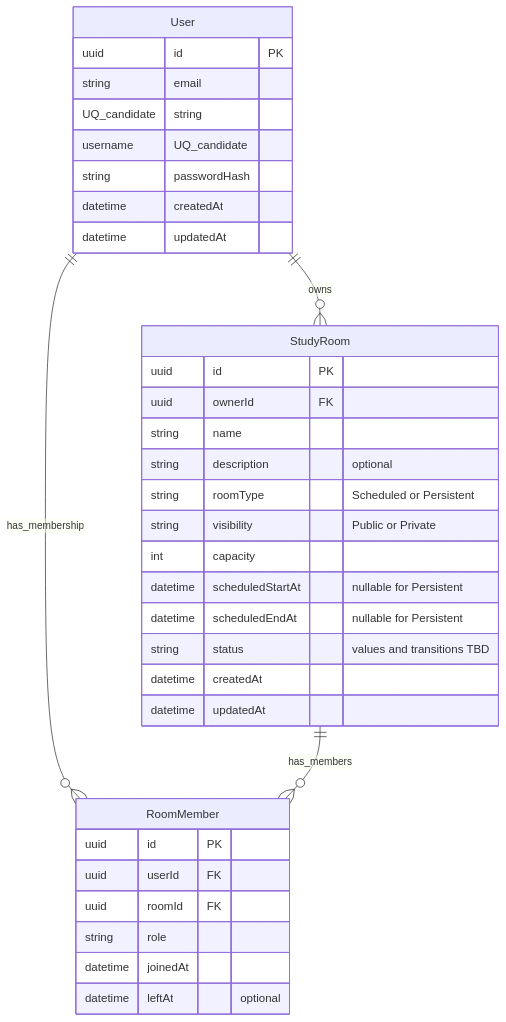
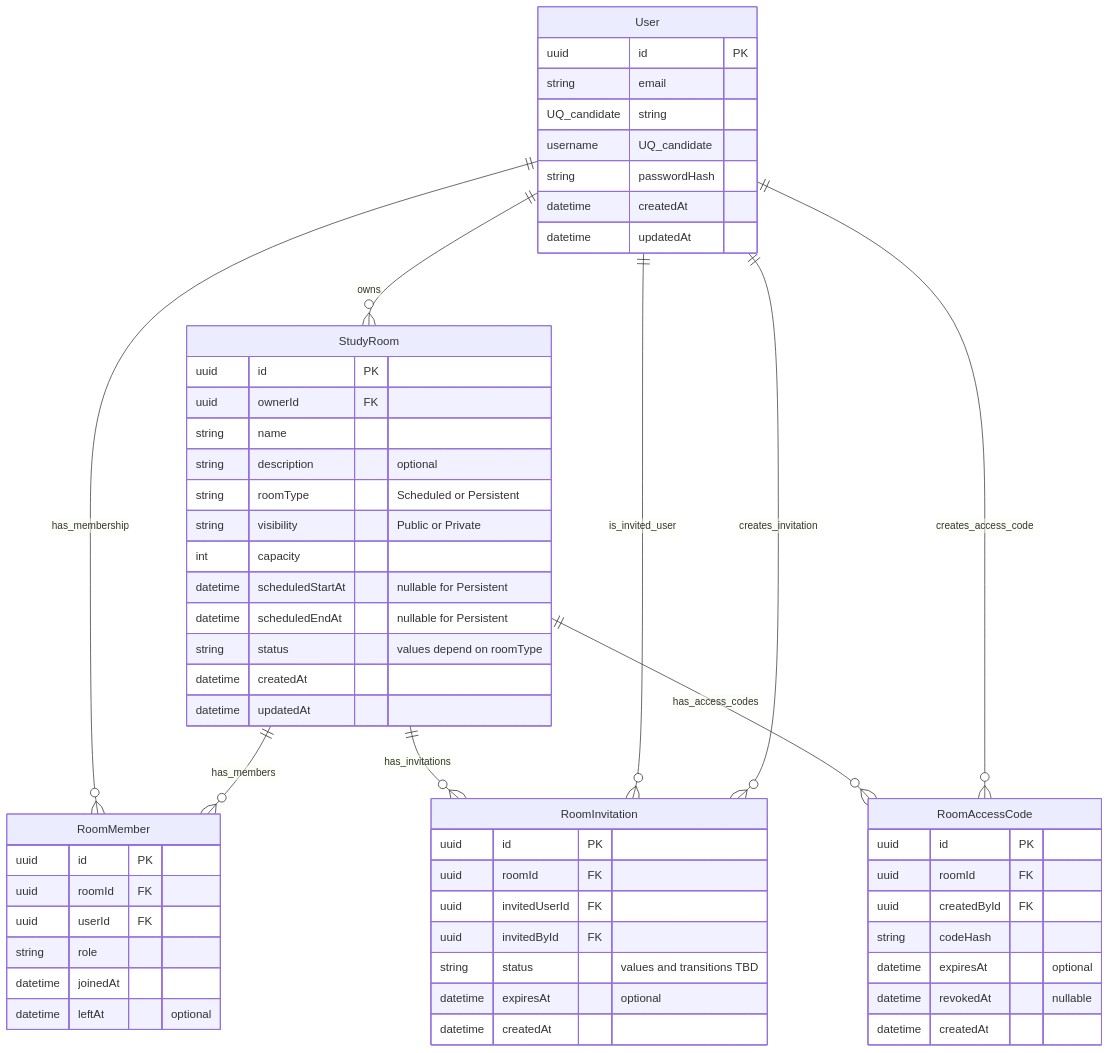
One commit to goudaabdulhmid2/Real-Time-Study-Rooms changed the diagram in docs/architecture/database-design.md. Above: the diagram before and after it, drawn with Mermaid. The commit also changed other lines of this file, not shown here.

Commit message:
Enhance database design documentation with detailed scope, relationships, and lifecycle rules for Scheduled Rooms and RoomMembership

````diff
--- a/docs/architecture/database-design.md
+++ b/docs/architecture/database-design.md
@@ -44,39 +50,64 @@
 ```mermaid
 erDiagram
     User ||--o{ StudyRoom : owns
     User ||--o{ RoomMember : has_membership
     StudyRoom ||--o{ RoomMember : has_members
+    StudyRoom ||--o{ RoomInvitation : has_invitations
+    User ||--o{ RoomInvitation : is_invited_user
+    User ||--o{ RoomInvitation : creates_invitation
+    StudyRoom ||--o{ RoomAccessCode : has_access_codes
+    User ||--o{ RoomAccessCode : creates_access_code
 
     User {
         uuid id PK
         string email UQ_candidate
         string username UQ_candidate
         string passwordHash
         datetime createdAt
         datetime updatedAt
     }
 
     StudyRoom {
         uuid id PK
         uuid ownerId FK
         string name
         string description "optional"
         string roomType "Scheduled or Persistent"
         string visibility "Public or Private"
         int capacity
         datetime scheduledStartAt "nullable for Persistent"
         datetime scheduledEndAt "nullable for Persistent"
-        string status "values and transitions TBD"
+        string status "values depend on roomType"
         datetime createdAt
         datetime updatedAt
     }
 
     RoomMember {
         uuid id PK
+        uuid roomId FK
         uuid userId FK
-        uuid roomId FK
         string role
         datetime joinedAt
         datetime leftAt "optional"
     }
+
+    RoomInvitation {
+        uuid id PK
+        uuid roomId FK
+        uuid invitedUserId FK
+        uuid invitedById FK
+        string status "values and transitions TBD"
+        datetime expiresAt "optional"
+        datetime createdAt
+    }
+
+    RoomAccessCode {
+        uuid id PK
+        uuid roomId FK
+        uuid createdById FK
+        string codeHash
+        datetime expiresAt "optional"
+        datetime revokedAt "nullable"
+        datetime createdAt
+    }
 ```
````
